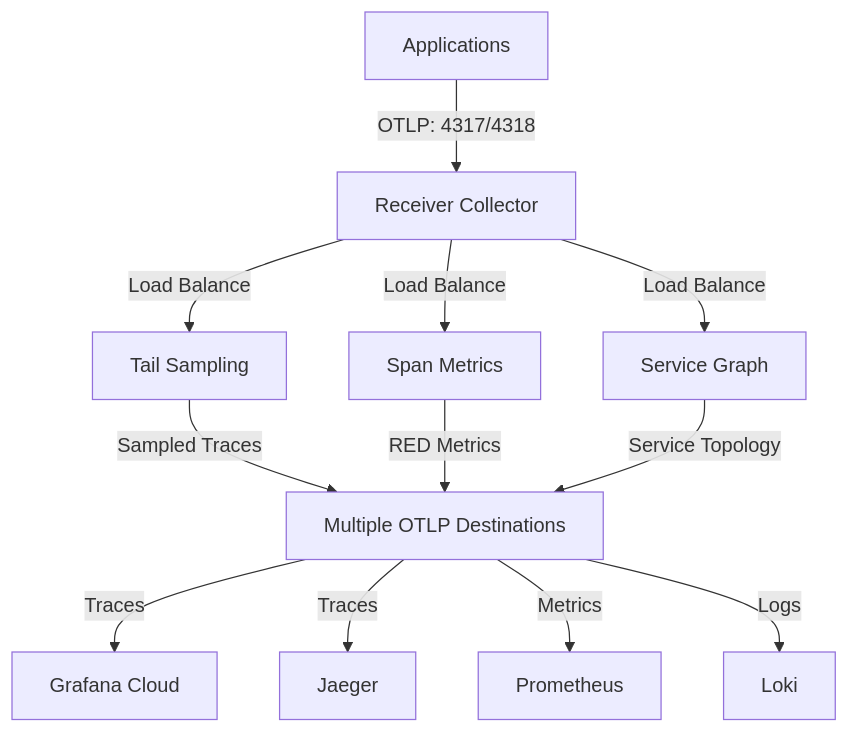
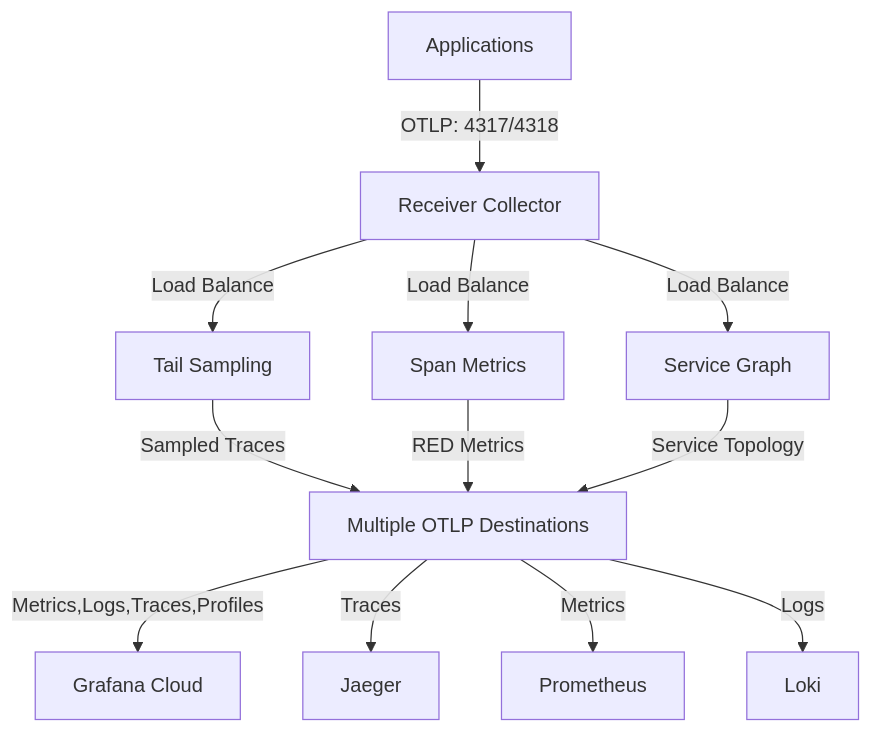
One commit to mbaykara/otelcollector-scalable changed the diagram in README.md. Above: the diagram before and after it, drawn with Mermaid.

Commit message:
docs(readme): edit arch

````diff
--- a/README.md
+++ b/README.md
@@ -15,16 +15,16 @@
 ```mermaid
 graph TD
     A[Applications] -->|OTLP: 4317/4318| B[Receiver Collector]
     B -->|Load Balance| C[Tail Sampling]
     B -->|Load Balance| D[Span Metrics]
     B -->|Load Balance| E[Service Graph]
     
     C -->|Sampled Traces| F[Multiple OTLP Destinations]
     D -->|RED Metrics| F
     E -->|Service Topology| F
     
-    F -->|Traces| I[Grafana Cloud]
+    F -->|Metrics,Logs,Traces,Profiles| I[Grafana Cloud]
     F -->|Traces| J[Jaeger]
     F -->|Metrics| K[Prometheus]
     F -->|Logs| L[Loki]
 ```
````
